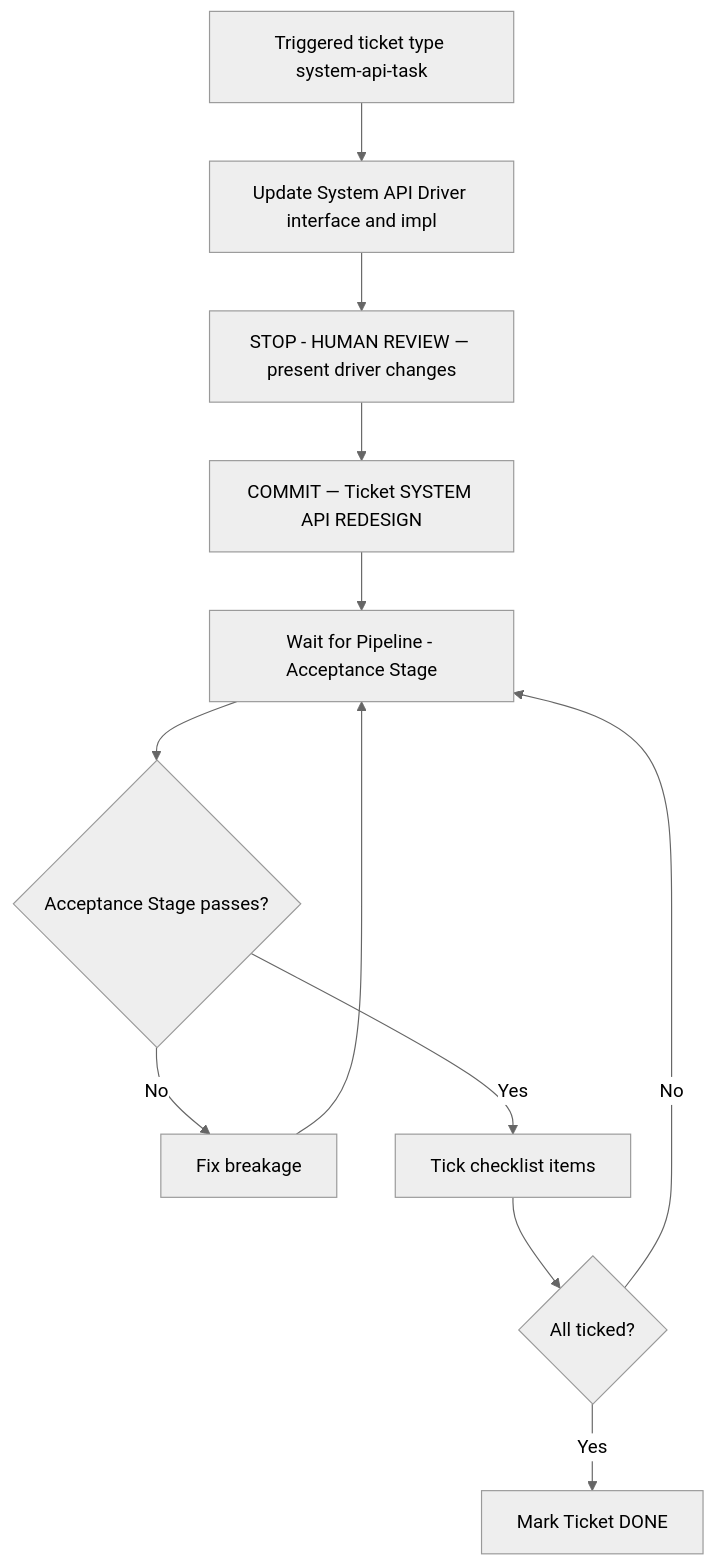
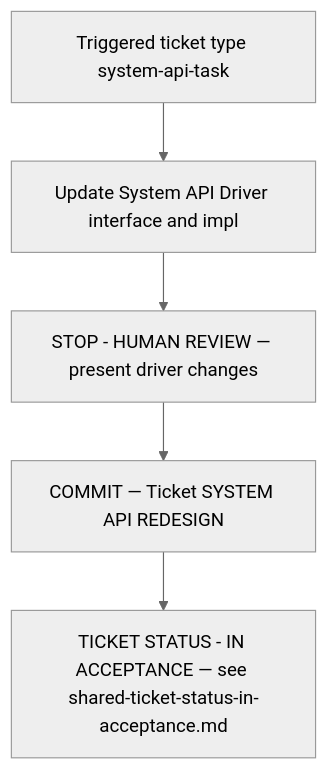
One commit to optivem/starter changed the seventh of 10 diagrams in docs/atdd/process/diagram-process.md. Above: the diagram before and after it, drawn with Mermaid (neutral theme). The commit also changed other lines of this file and 8 other files, not shown here.

First line of the commit message:
Add TICKET STATUS - IN ACCEPTANCE as the agent's terminal ticket state

````diff
--- a/docs/atdd/process/diagram-process.md
+++ b/docs/atdd/process/diagram-process.md
@@ -221,25 +222,13 @@
 ```mermaid
 flowchart TD
     TRIGGER[Triggered ticket type system-api-task]
     UPDATE[Update System API Driver interface and impl]
     STOP_REVIEW[STOP - HUMAN REVIEW — present driver changes]
     COMMIT[COMMIT — Ticket SYSTEM API REDESIGN]
-    WAIT[Wait for Pipeline - Acceptance Stage]
-    GATE{Acceptance Stage passes?}
-    FIX[Fix breakage]
-    TICK[Tick checklist items]
-    GATE_DONE{All ticked?}
-    DONE[Mark Ticket DONE]
+    IN_ACCEPTANCE[TICKET STATUS - IN ACCEPTANCE — see shared-ticket-status-in-acceptance.md]
 
     TRIGGER --> UPDATE
     UPDATE --> STOP_REVIEW
     STOP_REVIEW --> COMMIT
-    COMMIT --> WAIT
-    WAIT --> GATE
-    GATE -->|No| FIX
-    FIX --> WAIT
-    GATE -->|Yes| TICK
-    TICK --> GATE_DONE
-    GATE_DONE -->|No| WAIT
-    GATE_DONE -->|Yes| DONE
+    COMMIT --> IN_ACCEPTANCE
 ```
````
